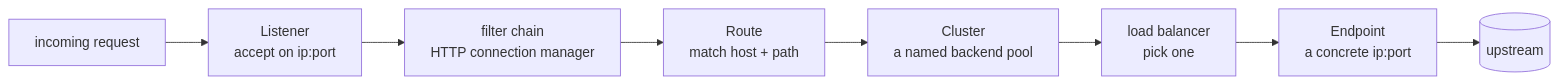
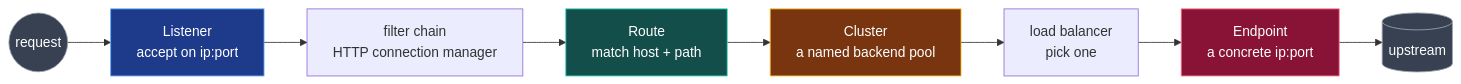
One commit to 0-draft/envoy-xds-deep-dive changed the second of 2 diagrams in docs/00-prerequisites/README.md. Above: the diagram before and after it, drawn with Mermaid. The commit also changed other lines of this file and 27 other files, not shown here.

First line of the commit message:
docs: semantic color, distinct shapes, and a11y metadata for all mermaid diagrams

````diff
--- a/docs/00-prerequisites/README.md
+++ b/docs/00-prerequisites/README.md
@@ -84,10 +92,22 @@
 ```mermaid
 flowchart LR
-    req[incoming request] --> lst[Listener<br/>accept on ip:port]
+    accTitle: The request lifecycle through Envoy
+    accDescr: An incoming request passes through a Listener, a filter chain, a Route match, a Cluster, a load balancer, and one Endpoint before reaching the upstream.
+    req((request)) --> lst[Listener<br/>accept on ip:port]
     lst --> fc[filter chain<br/>HTTP connection manager]
     fc --> rt[Route<br/>match host + path]
     rt --> cl[Cluster<br/>a named backend pool]
     cl --> lb[load balancer<br/>pick one]
     lb --> ep[Endpoint<br/>a concrete ip:port]
     ep --> up[(upstream)]
+    class lst lds
+    class rt rds
+    class cl cds
+    class ep eds
+    class req,up ext
+    classDef lds fill:#1e3a8a,stroke:#60a5fa,color:#fff
+    classDef rds fill:#134e4a,stroke:#2dd4bf,color:#fff
+    classDef cds fill:#78350f,stroke:#fbbf24,color:#fff
+    classDef eds fill:#881337,stroke:#fb7185,color:#fff
+    classDef ext fill:#374151,stroke:#9ca3af,color:#fff
 ```
````
